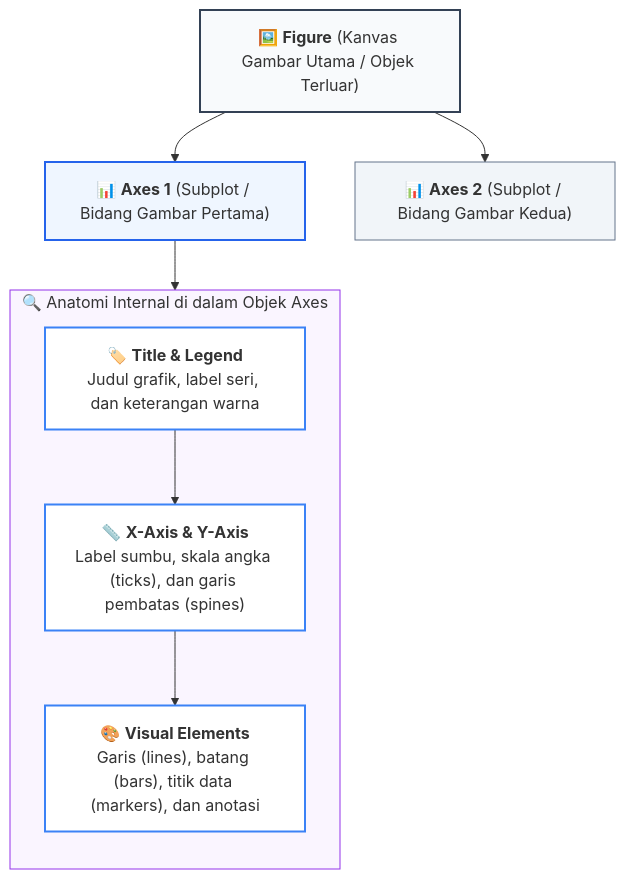
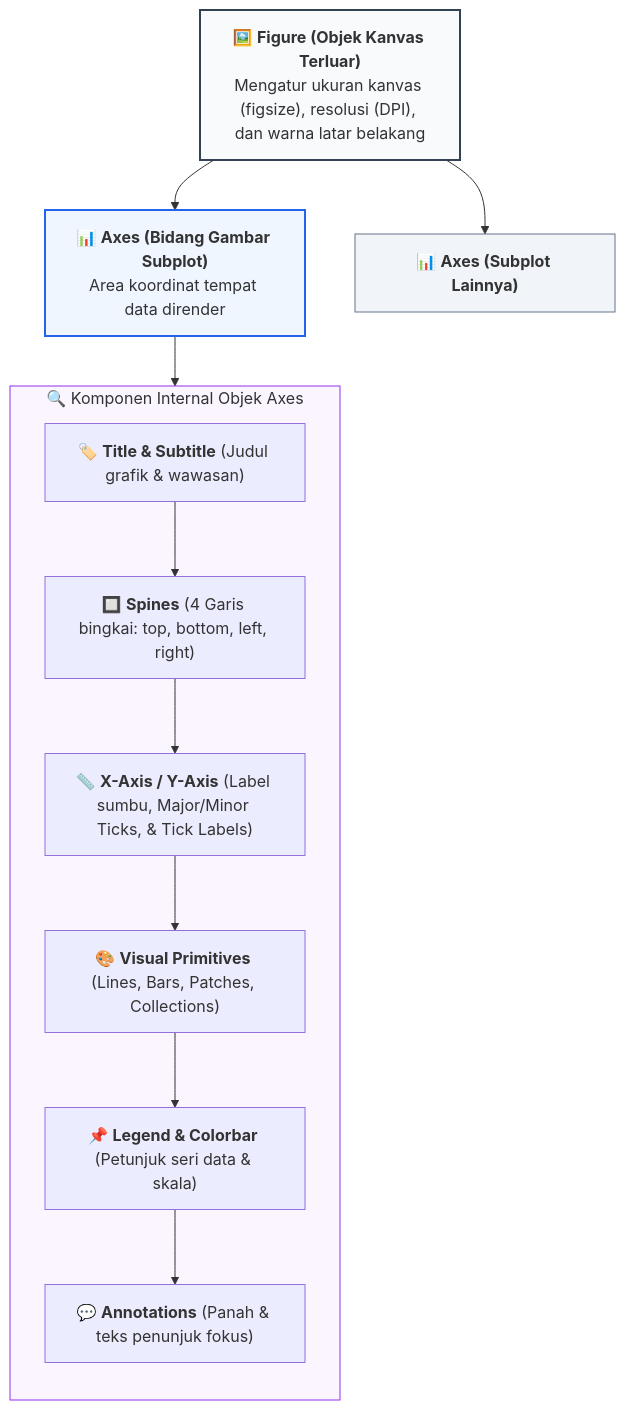
Before and after one commit to mahendaruui/Perkuliahan: the second of 3 diagrams in docs/visualisasi-data/05-matplotlib-fundamental.md, drawn with Mermaid. The commit also changed other lines of this file and 15 other files, not shown here.

Commit message:
docs: update educational modules with enhanced visualizations, interactive Streamlit components, and improved caching architecture

````diff
--- a/docs/visualisasi-data/05-matplotlib-fundamental.md
+++ b/docs/visualisasi-data/05-matplotlib-fundamental.md
@@ -16,25 +39,25 @@
 ```mermaid
 flowchart TD
-    Figure["🖼️ <b>Figure</b> (Kanvas Gambar Utama / Objek Terluar)"]
+    Figure["🖼️ <b>Figure (Objek Kanvas Terluar)</b><br>Mengatur ukuran kanvas (figsize), resolusi (DPI), dan warna latar belakang"]
     
-    Figure --> Axes1["📊 <b>Axes 1</b> (Subplot / Bidang Gambar Pertama)"]
-    Figure --> Axes2["📊 <b>Axes 2</b> (Subplot / Bidang Gambar Kedua)"]
+    Figure --> Axes1["📊 <b>Axes (Bidang Gambar Subplot)</b><br>Area koordinat tempat data dirender"]
+    Figure --> Axes2["📊 <b>Axes (Subplot Lainnya)</b>"]
 
-    subgraph AnatomiAxes["🔍 Anatomi Internal di dalam Objek Axes"]
+    subgraph AnatomiAxes["🔍 Komponen Internal Objek Axes"]
         direction TB
-        Title["🏷️ <b>Title & Legend</b><br>Judul grafik, label seri, dan keterangan warna"]
-        Axis["📏 <b>X-Axis & Y-Axis</b><br>Label sumbu, skala angka (ticks), dan garis pembatas (spines)"]
-        Elements["🎨 <b>Visual Elements</b><br>Garis (lines), batang (bars), titik data (markers), dan anotasi"]
+        Title["🏷️ <b>Title & Subtitle</b> (Judul grafik & wawasan)"]
+        Spines["🔲 <b>Spines</b> (4 Garis bingkai: top, bottom, left, right)"]
+        XAxis["📏 <b>X-Axis / Y-Axis</b> (Label sumbu, Major/Minor Ticks, & Tick Labels)"]
+        DataMark["🎨 <b>Visual Primitives</b> (Lines, Bars, Patches, Collections)"]
+        Legend["📌 <b>Legend & Colorbar</b> (Petunjuk seri data & skala)"]
+        Annotation["💬 <b>Annotations</b> (Panah & teks penunjuk fokus)"]
     end
 
     Axes1 --> AnatomiAxes
-    Title --> Axis --> Elements
+    Title --> Spines --> XAxis --> DataMark --> Legend --> Annotation
 
     style Figure fill:#f8fafc,stroke:#334155,stroke-width:2px
     style Axes1 fill:#eff6ff,stroke:#2563eb,stroke-width:2px
     style Axes2 fill:#f1f5f9,stroke:#64748b,stroke-width:1px
     style AnatomiAxes fill:#faf5ff,stroke:#9333ea,stroke-width:1px
-    style Title fill:#ffffff,stroke:#3b82f6,stroke-width:2px
-    style Axis fill:#ffffff,stroke:#3b82f6,stroke-width:2px
-    style Elements fill:#ffffff,stroke:#3b82f6,stroke-width:2px
 ```
````
